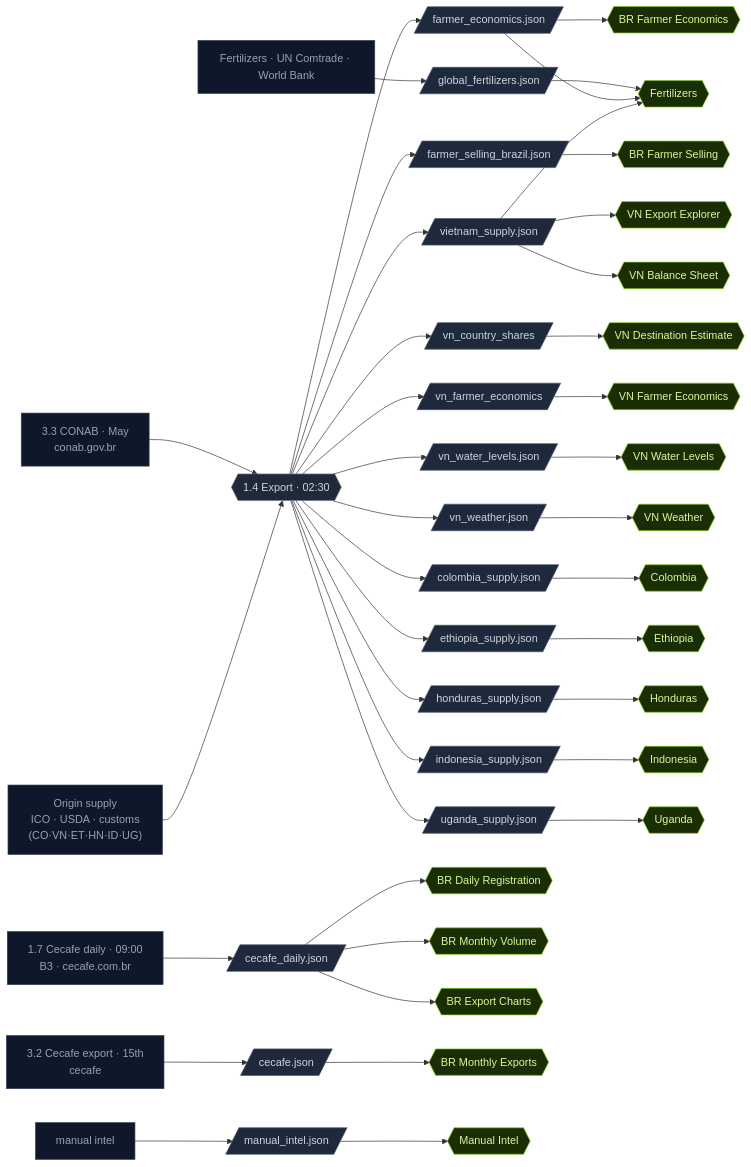
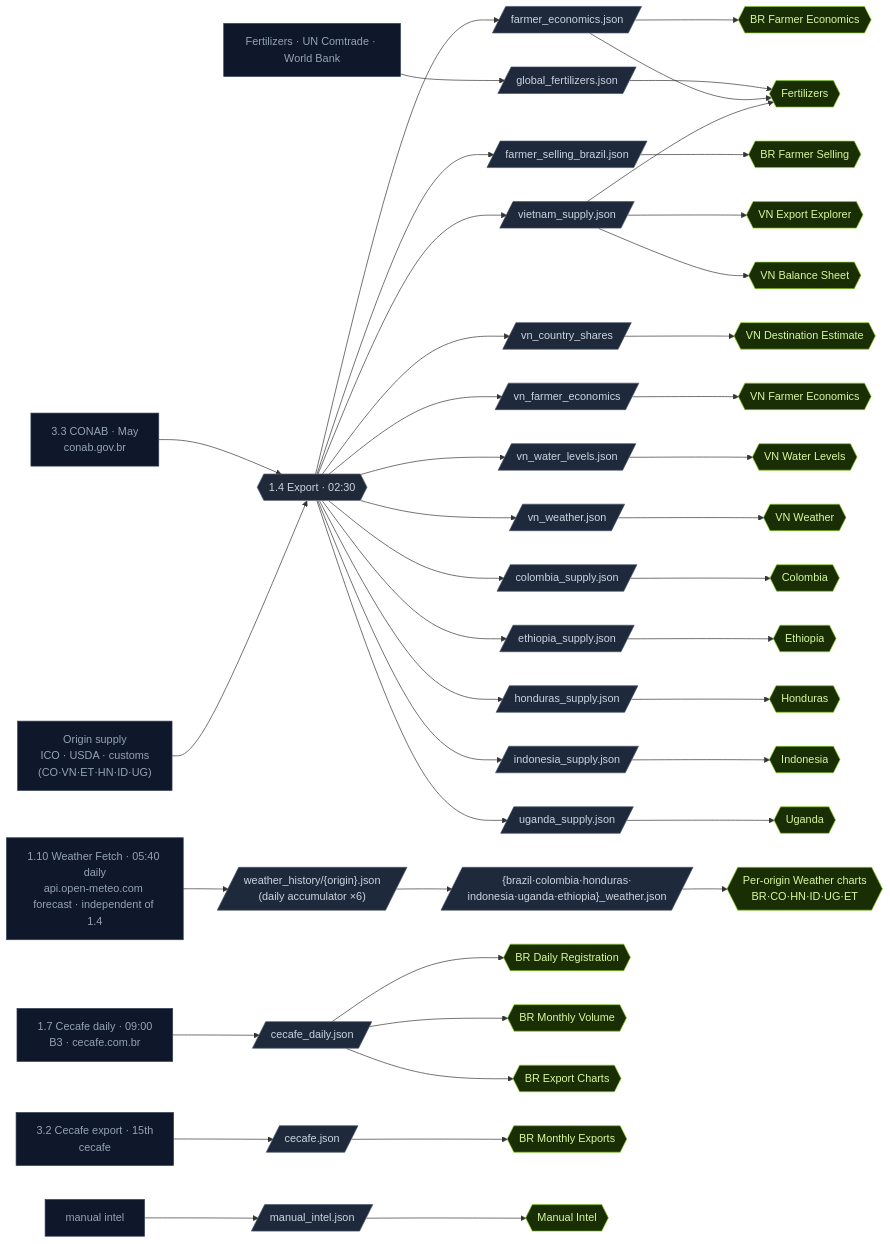
Before and after one commit to loicscanu-ctrl/Coffee-intel-map: the fifth of 9 diagrams in docs/DATA_PLATFORM_MAP.md, drawn with Mermaid. The commit also changed other lines of this file, not shown here.

Commit message:
docs(map): add 1.10 daily weather fetch/accumulate flow + per-origin weather charts

````diff
--- a/docs/DATA_PLATFORM_MAP.md
+++ b/docs/DATA_PLATFORM_MAP.md
@@ -336,6 +348,9 @@
   J_ug[/uganda_supply.json/]
   J_ferts[/global_fertilizers.json/]
   J_intel[/manual_intel.json/]
+  W110["1.10 Weather Fetch · 05:40 daily<br/>api.open-meteo.com forecast · independent of 1.4"]
+  J_whist[/"weather_history/{origin}.json<br/>(daily accumulator ×6)"/]
+  J_owx[/"{brazil·colombia·honduras·<br/>indonesia·uganda·ethiopia}_weather.json"/]
   br{{BR Daily Registration}}
   mv{{BR Monthly Volume}}
   brexp{{BR Export Charts}}
@@ -355,6 +370,7 @@
   ug{{Uganda}}
   fert{{Fertilizers}}
   intel{{Manual Intel}}
+  owx{{Per-origin Weather charts<br/>BR·CO·HN·ID·UG·ET}}
   W17 --> J_cecd
   J_cecd --> br
   J_cecd --> mv
@@ -394,13 +410,16 @@
   J_vn --> fert
   J_intel --> intel
 
+  %% 1.10 weather — independent daily fetch → accumulate → per-origin charts
+  W110 --> J_whist --> J_owx --> owx
+
   classDef scr fill:#0f172a,stroke:#334155,color:#94a3b8;
   classDef store fill:#450a0a,stroke:#ef4444,color:#fecaca;
   classDef proc fill:#1f2937,stroke:#64748b,color:#cbd5e1;
   classDef json fill:#1e293b,stroke:#475569,color:#cbd5e1;
   classDef vis fill:#1a2e05,stroke:#84cc16,color:#d9f99d;
-  class W17,W32,W33,WCNTRY,WFERT,WINTEL scr;
+  class W17,W32,W33,WCNTRY,WFERT,WINTEL,W110 scr;
   class EXP proc;
-  class J_cecd,J_cec,J_fe,J_fsell,J_vn,J_vnx,J_vnfe,J_vnwl,J_vnw,J_co,J_et,J_hn,J_id,J_ug,J_ferts,J_intel json;
-  class br,mv,brexp,bfe,sell,cec,vnexp,vndest,vnbal,vnfe,vnwl,vnw,coexp,et,hn,idn,ug,fert,intel vis;
+  class J_cecd,J_cec,J_fe,J_fsell,J_vn,J_vnx,J_vnfe,J_vnwl,J_vnw,J_co,J_et,J_hn,J_id,J_ug,J_ferts,J_intel,J_whist,J_owx json;
+  class br,mv,brexp,bfe,sell,cec,vnexp,vndest,vnbal,vnfe,vnwl,vnw,coexp,et,hn,idn,ug,fert,intel,owx vis;
 ```
````
